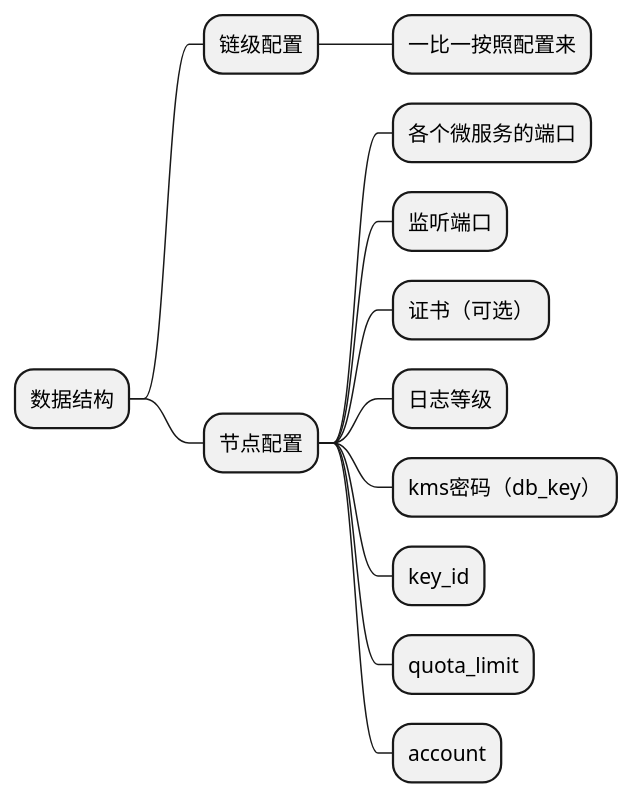
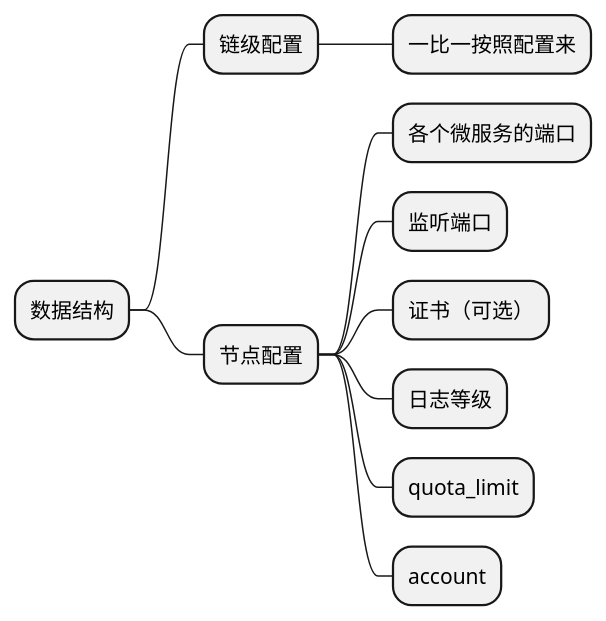
One commit to cita-cloud/cloud-config changed the diagram in img/struct.puml. Above: the diagram before and after it, drawn with PlantUML. The commit also changed 28 other files, not shown here.

```diff
--- a/img/struct.puml
+++ b/img/struct.puml
@@ -1,14 +1,12 @@
 @startmindmap
 + 数据结构
 ++ 链级配置
 +++ 一比一按照配置来
 ++ 节点配置
 +++ 各个微服务的端口
 +++ 监听端口
 +++ 证书（可选）
 +++ 日志等级
-+++ kms密码（db_key）
-+++ key_id
 +++ quota_limit
 +++ account
 @endmindmap
```
